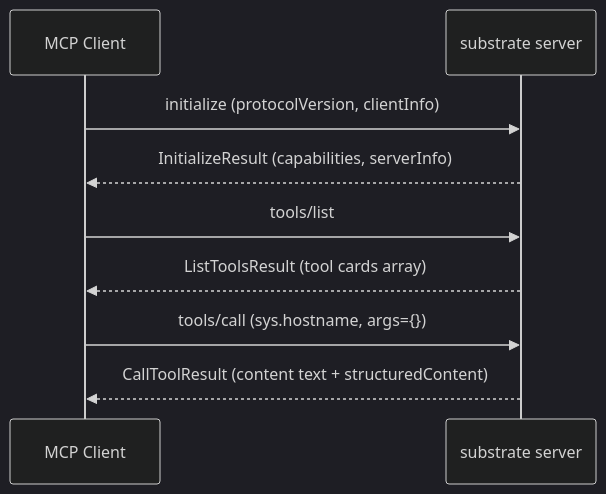
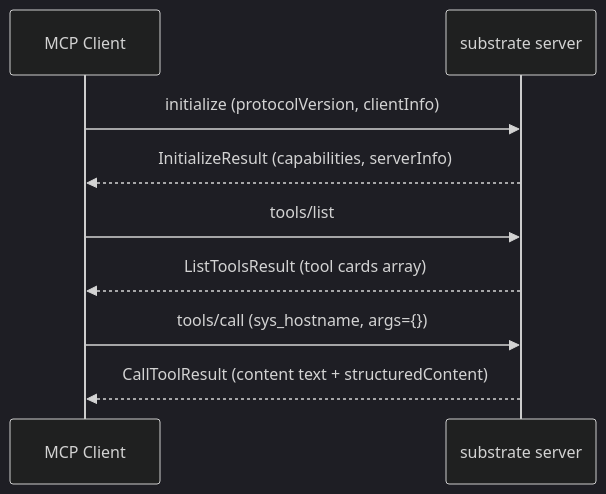
Before and after one commit to farchanjo/substrate: the second of 2 diagrams in README.md, drawn with Mermaid (dark theme). The commit also changed other lines of this file and 6 other files, not shown here.

````diff
--- a/README.md
+++ b/README.md
@@ -76,11 +77,11 @@
 ```mermaid
 sequenceDiagram
     participant C as MCP Client
     participant S as substrate server
     C->>S: initialize (protocolVersion, clientInfo)
     S-->>C: InitializeResult (capabilities, serverInfo)
     C->>S: tools/list
     S-->>C: ListToolsResult (tool cards array)
-    C->>S: tools/call (sys.hostname, args={})
+    C->>S: tools/call (sys_hostname, args={})
     S-->>C: CallToolResult (content text + structuredContent)
 ```
````
